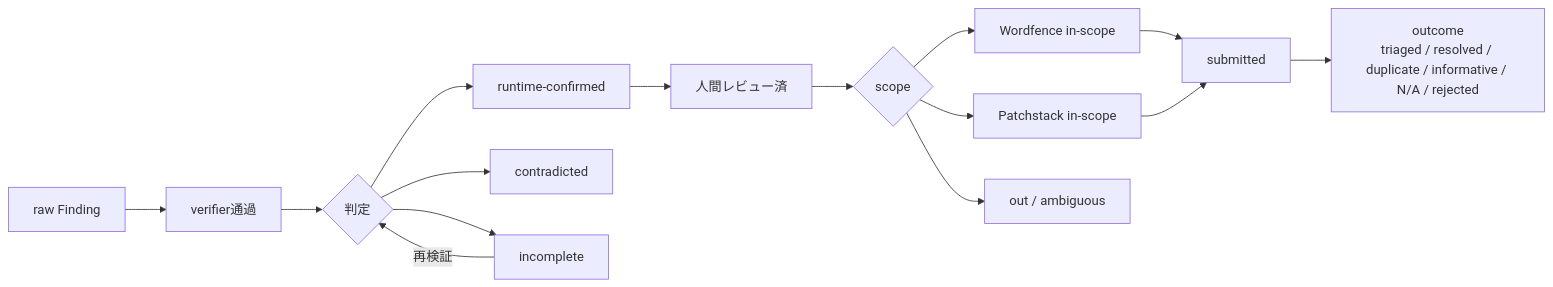
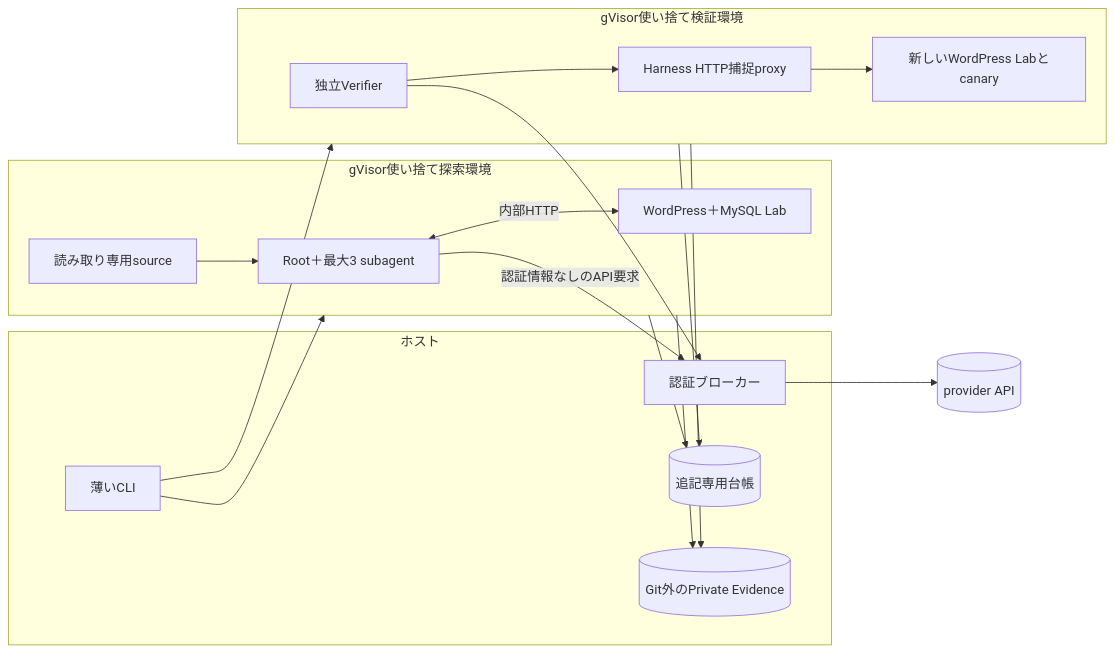
One commit to momoponwork1415-lgtm/wordpress-bounty-harness changed the third of 4 diagrams in docs/ARCHITECTURE.md. Above: the diagram before and after it, drawn with Mermaid. The commit also changed other lines of this file and 13 other files, not shown here.

````diff
--- a/docs/ARCHITECTURE.md
+++ b/docs/ARCHITECTURE.md
@@ -120,14 +47,29 @@
 ```mermaid
 flowchart LR
-  A[raw Finding] --> B[verifier通過] --> C{判定}
-  C --> C1[runtime-confirmed]
-  C --> C2[contradicted]
-  C --> C3[incomplete]
-  C1 --> D[人間レビュー済]
-  C3 -->|再検証| C
-  D --> E{scope}
-  E --> E1[Wordfence in-scope]
-  E --> E2[Patchstack in-scope]
-  E --> E3[out / ambiguous]
-  E1 & E2 --> G[submitted] --> H[outcome<br/>triaged / resolved / duplicate / informative / N/A / rejected]
+  subgraph HOST[ホスト]
+    CLI[薄いCLI]
+    BROKER[認証ブローカー]
+    LEDGER[(追記専用台帳)]
+    PRIVATE[(Git外のPrivate Evidence)]
+  end
+  subgraph DISC[gVisor使い捨て探索環境]
+    AGENTS[Root＋最大3 subagent]
+    LAB1[WordPress＋MySQL Lab]
+    SOURCE[読み取り専用source]
+    AGENTS <-->|内部HTTP| LAB1
+    SOURCE --> AGENTS
+  end
+  subgraph VERIFY[gVisor使い捨て検証環境]
+    VERIFIER[独立Verifier]
+    PROXY[Harness HTTP捕捉proxy]
+    LAB2[新しいWordPress Labとcanary]
+    VERIFIER --> PROXY --> LAB2
+  end
+  CLI --> DISC
+  CLI --> VERIFY
+  AGENTS -->|認証情報なしのAPI要求| BROKER
+  VERIFIER --> BROKER
+  BROKER --> PROVIDER[(provider API)]
+  DISC & VERIFY --> LEDGER
+  DISC & VERIFY --> PRIVATE
 ```
````
